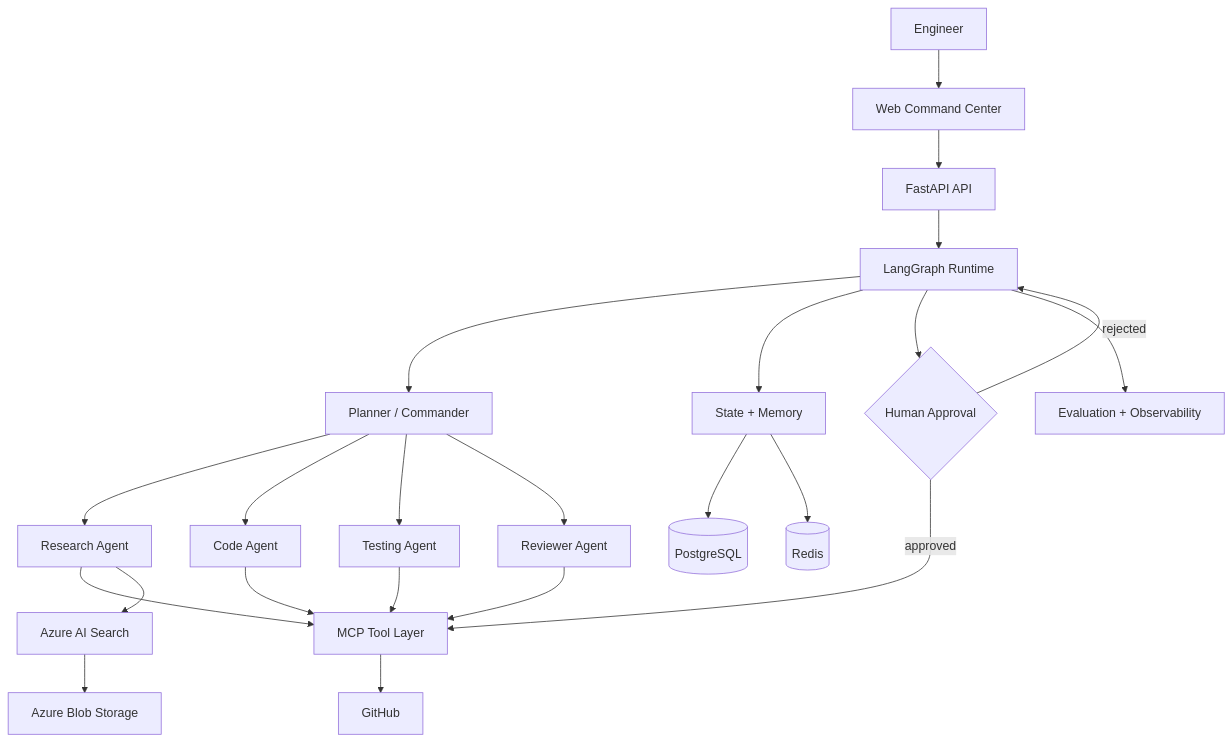
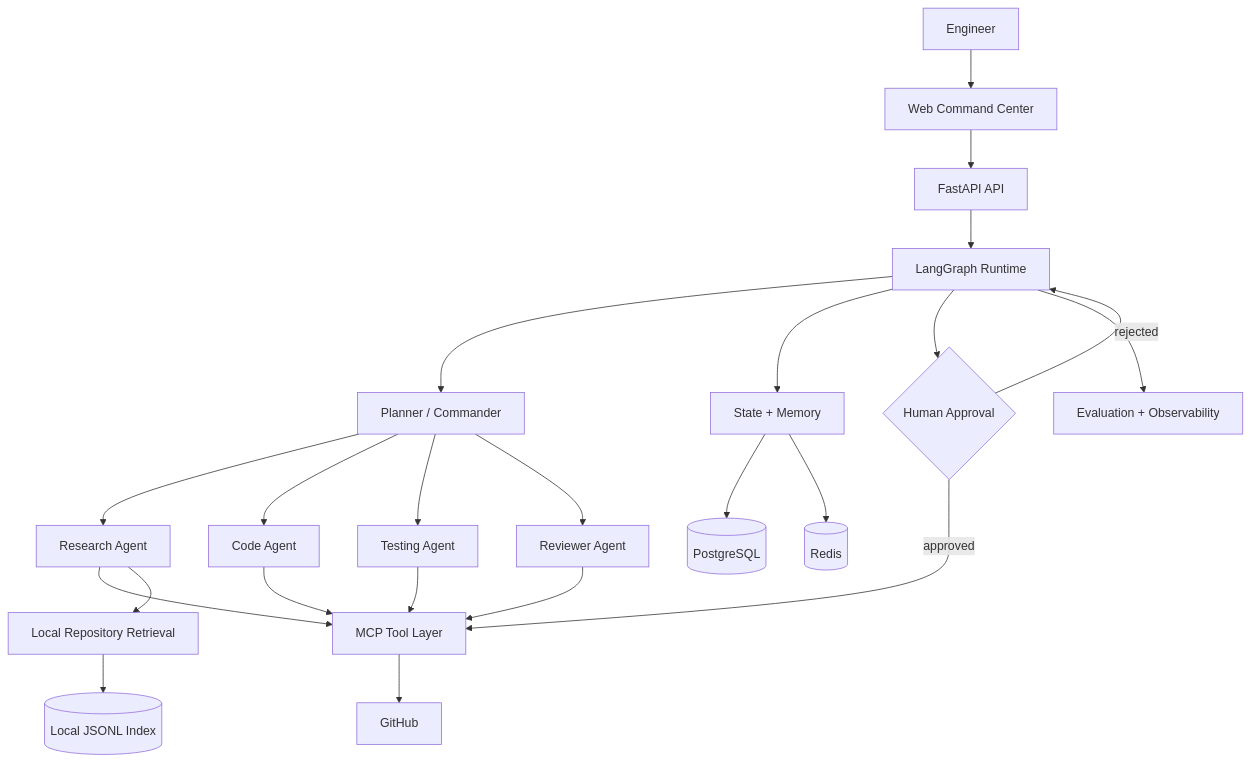
One commit to sii-1111/Ai-engineering-command-center changed the diagram in README.md. Above: the diagram before and after it, drawn with Mermaid. The commit also changed other lines of this file, not shown here.

Commit message:
docs: document Gemini and local retrieval stack

````diff
--- a/README.md
+++ b/README.md
@@ -23,25 +23,25 @@
 ```mermaid
 flowchart TD
     U[Engineer] --> UI[Web Command Center]
     UI --> API[FastAPI API]
     API --> G[LangGraph Runtime]
     G --> P[Planner / Commander]
     P --> R[Research Agent]
     P --> C[Code Agent]
     P --> T[Testing Agent]
     P --> V[Reviewer Agent]
     R --> MCP[MCP Tool Layer]
     C --> MCP
     T --> MCP
     V --> MCP
     MCP --> GH[GitHub]
     G --> MEM[State + Memory]
     MEM --> PG[(PostgreSQL)]
     MEM --> REDIS[(Redis)]
-    R --> SEARCH[Azure AI Search]
-    SEARCH --> BLOB[Azure Blob Storage]
+    R --> SEARCH[Local Repository Retrieval]
+    SEARCH --> INDEX[(Local JSONL Index)]
     G --> HITL{Human Approval}
     HITL -->|approved| MCP
     HITL -->|rejected| G
     G --> EVAL[Evaluation + Observability]
 ```
````
